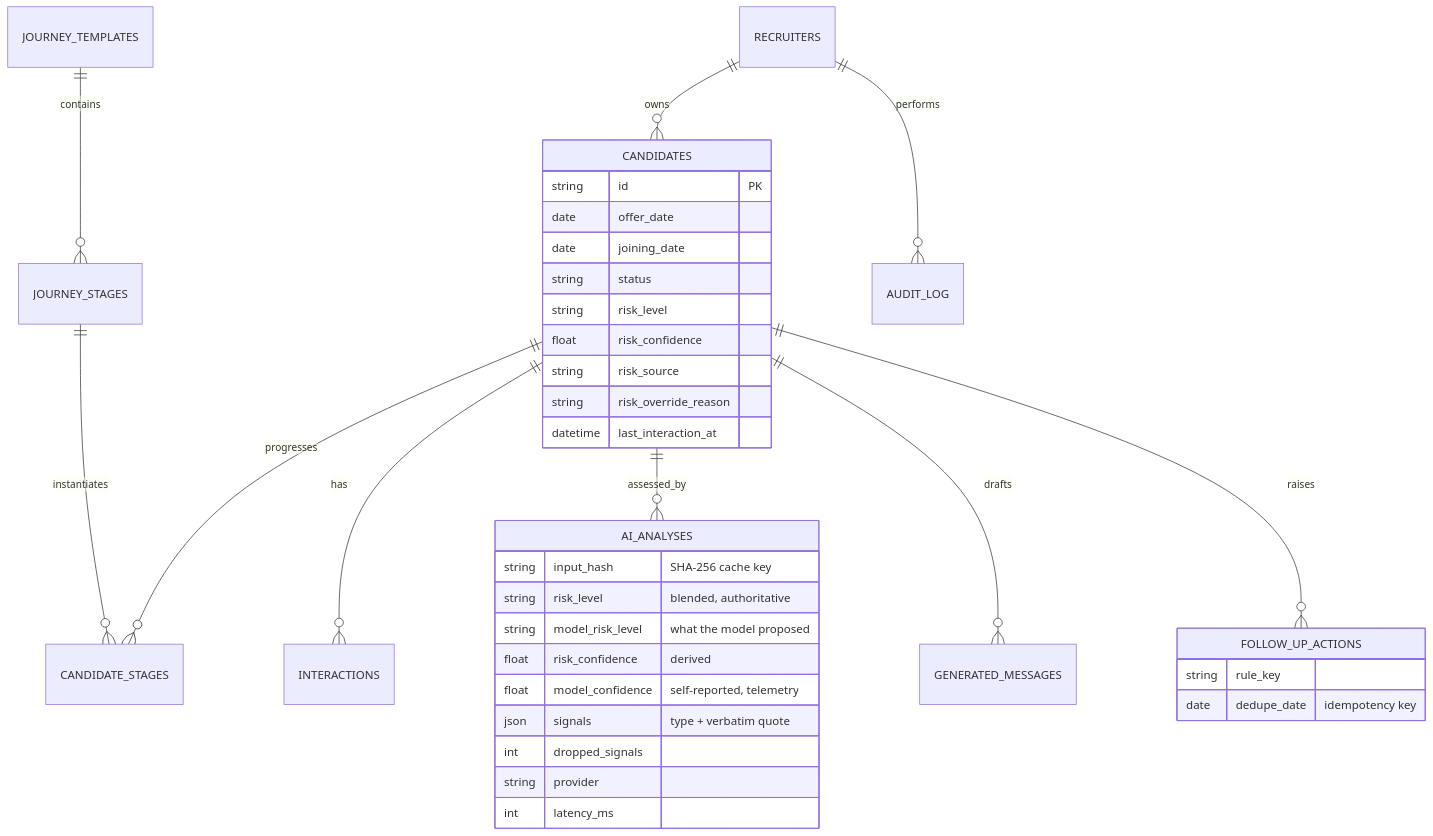
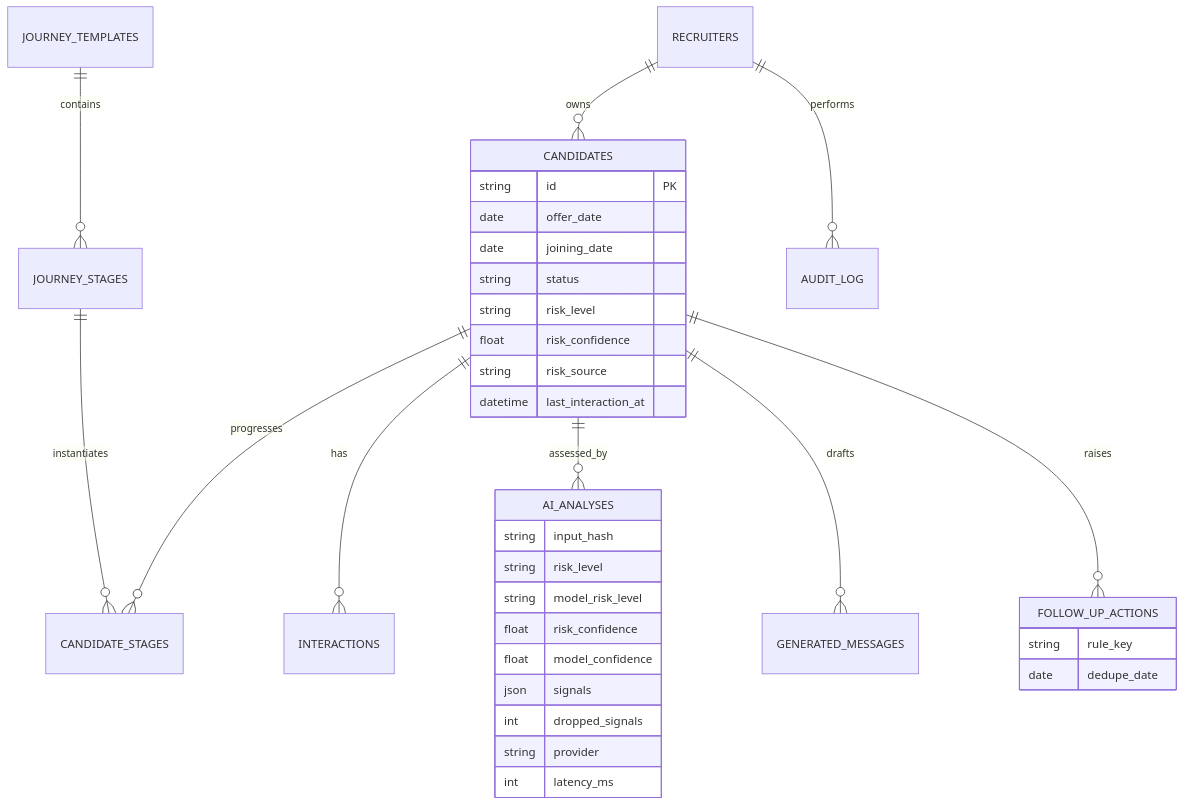
Before and after one commit to rezbites/AI-Powered-Post-Offer-Engagement-Platform: the second of 6 diagrams in README.md, drawn with Mermaid. The commit also changed other lines of this file, not shown here.

First line of the commit message:
Simplify the ER diagram and add a fallback note

````diff
--- a/README.md
+++ b/README.md
@@ -170,39 +175,38 @@
 ```mermaid
 erDiagram
     RECRUITERS ||--o{ CANDIDATES : owns
     JOURNEY_TEMPLATES ||--o{ JOURNEY_STAGES : contains
     CANDIDATES ||--o{ CANDIDATE_STAGES : progresses
     JOURNEY_STAGES ||--o{ CANDIDATE_STAGES : instantiates
     CANDIDATES ||--o{ INTERACTIONS : has
     CANDIDATES ||--o{ AI_ANALYSES : assessed_by
     CANDIDATES ||--o{ GENERATED_MESSAGES : drafts
     CANDIDATES ||--o{ FOLLOW_UP_ACTIONS : raises
     RECRUITERS ||--o{ AUDIT_LOG : performs
 
     CANDIDATES {
         string id PK
         date offer_date
         date joining_date
         string status
         string risk_level
         float risk_confidence
         string risk_source
-        string risk_override_reason
         datetime last_interaction_at
     }
     AI_ANALYSES {
-        string input_hash "SHA-256 cache key"
-        string risk_level "blended, authoritative"
-        string model_risk_level "what the model proposed"
-        float risk_confidence "derived"
-        float model_confidence "self-reported, telemetry"
-        json signals "type + verbatim quote"
+        string input_hash
+        string risk_level
+        string model_risk_level
+        float risk_confidence
+        float model_confidence
+        json signals
         int dropped_signals
         string provider
         int latency_ms
     }
     FOLLOW_UP_ACTIONS {
         string rule_key
-        date dedupe_date "idempotency key"
+        date dedupe_date
     }
 ```
````
